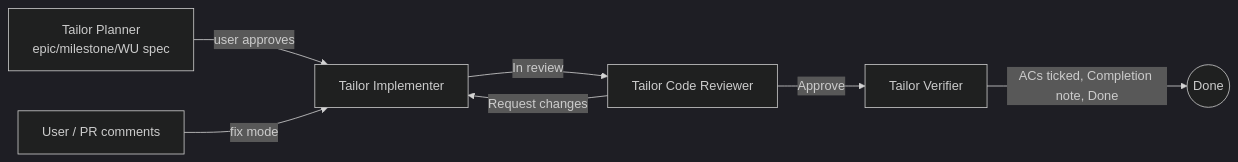
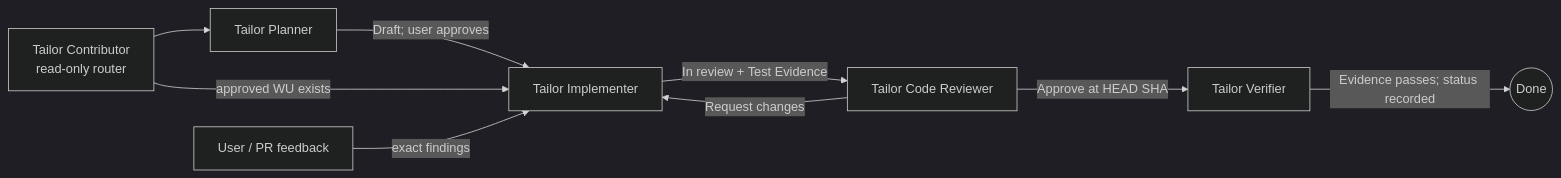
One commit to kjbartel/DotNetTailor changed the diagram in Docs/Guides/ai-workflow.md. Above: the diagram before and after it, drawn with Mermaid (dark theme). The commit also changed other lines of this file and 7 other files, not shown here.

Commit message:
docs(workflow): clarify architecture and review guidance

````diff
--- a/Docs/Guides/ai-workflow.md
+++ b/Docs/Guides/ai-workflow.md
@@ -7,9 +7,11 @@
 ```mermaid
 flowchart LR
-  P[Tailor Planner\nepic/milestone/WU spec] -->|user approves| I[Tailor Implementer]
-  I -->|In review| R[Tailor Code Reviewer]
+  C[Tailor Contributor\nread-only router] --> P[Tailor Planner]
+  P -->|Draft; user approves| I[Tailor Implementer]
+  C -->|approved WU exists| I
+  I -->|In review + Test Evidence| R[Tailor Code Reviewer]
   R -->|Request changes| I
-  R -->|Approve| V[Tailor Verifier]
-  V -->|ACs ticked, Completion note, Done| D((Done))
-  U[User / PR comments] -->|fix mode| I
+  R -->|Approve at HEAD SHA| V[Tailor Verifier]
+  V -->|Evidence passes; status recorded| D((Done))
+  U[User / PR feedback] -->|exact findings| I
 ```
````
